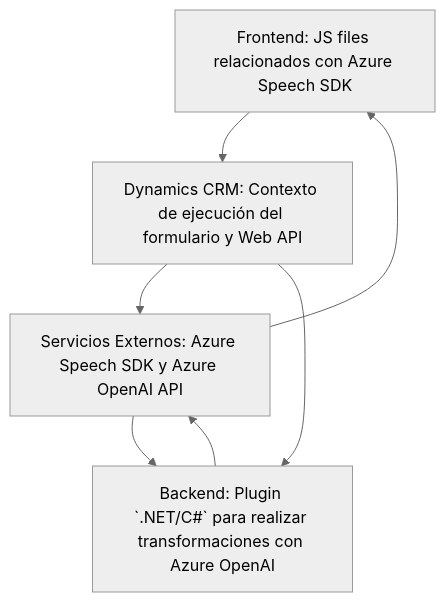
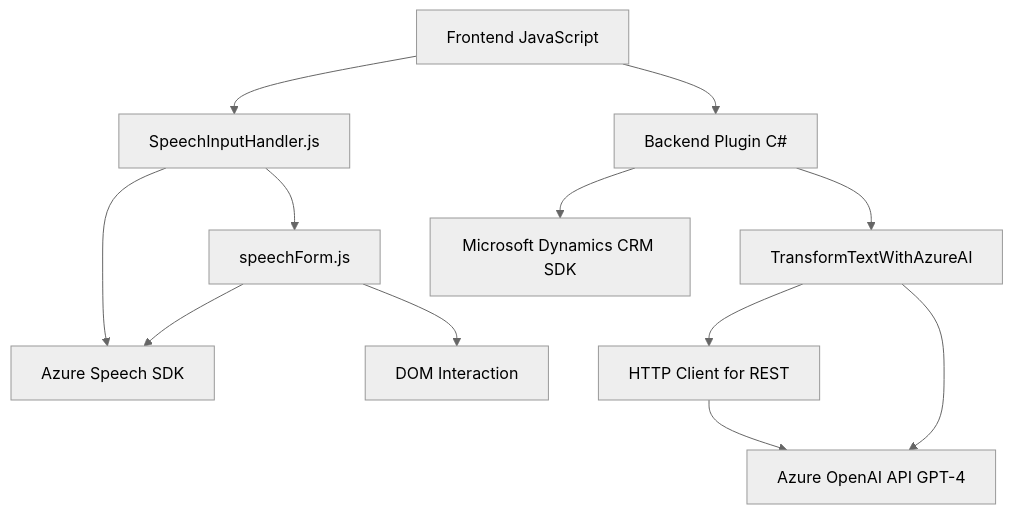
One commit to blopezdm/NETCORE_BILBAO2025 changed the diagram in README.md. Above: the diagram before and after it, drawn with Mermaid (neutral theme). The commit also changed other lines of this file, not shown here.

Commit message:
Actualizar análisis global de la solución con IA

````diff
--- a/README.md
+++ b/README.md
@@ -51,14 +35,19 @@
 ```mermaid
 graph TD
-    A["Frontend: JS files relacionados con Azure Speech SDK"]
-    B["Backend: Plugin `.NET/C#` para realizar transformaciones con Azure OpenAI"]
-    C["Dynamics CRM: Contexto de ejecución del formulario y Web API"]
-    D["Servicios Externos: Azure Speech SDK y Azure OpenAI API"]
+  A["Frontend JavaScript"]
+      --> B["SpeechInputHandler.js"]
+      --> C["speechForm.js"]
+      
+  C --> D["Azure Speech SDK"]
+  B --> D
+  C --> E["DOM Interaction"]
 
-    A --> C
-    C --> D
-    B --> D
-    D --> B
-    C --> B
-    D --> A
+  A --> F["Backend Plugin C#"]
+  F --> G["TransformTextWithAzureAI"]
+  G --> H["Azure OpenAI API GPT-4"]
+
+  F --> I["Microsoft Dynamics CRM SDK"]
+  
+  G --> J["HTTP Client for REST"]
+  J --> H
 ```
````
